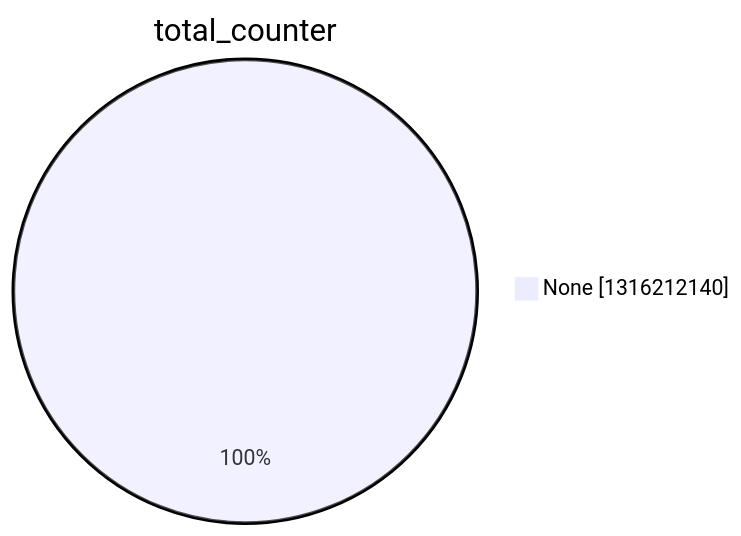
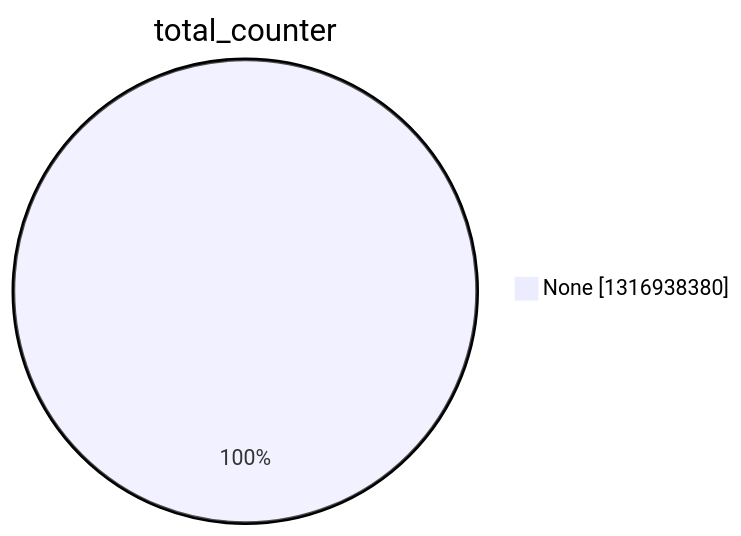
One commit to christiankrug/ctmonitor_visualization changed the second of 15 diagrams in argon2022/README.md. Above: the diagram before and after it, drawn with Mermaid. The commit also changed other lines of this file, not shown here.

````diff
--- a/argon2022/README.md
+++ b/argon2022/README.md
@@ -9,5 +9,5 @@
 ```mermaid
 pie showData
 title total_counter
-"None" :1316212140
+"None" :1316938380
 ```
````
